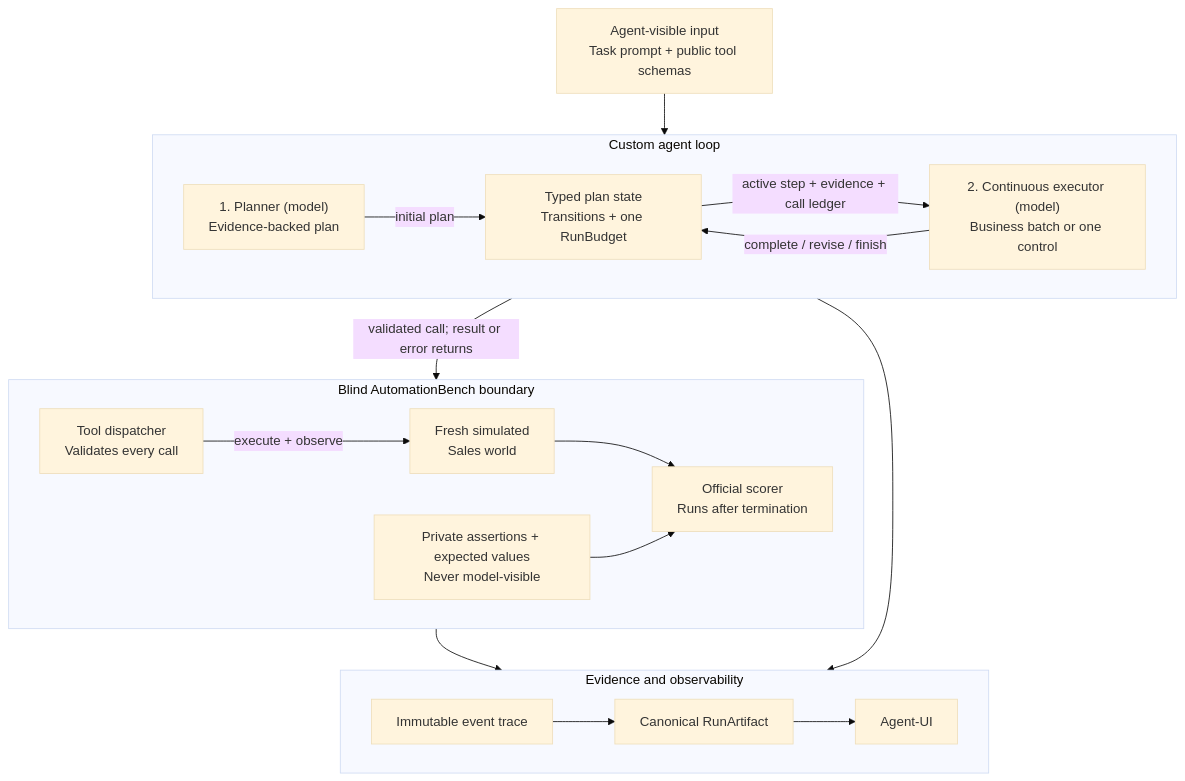
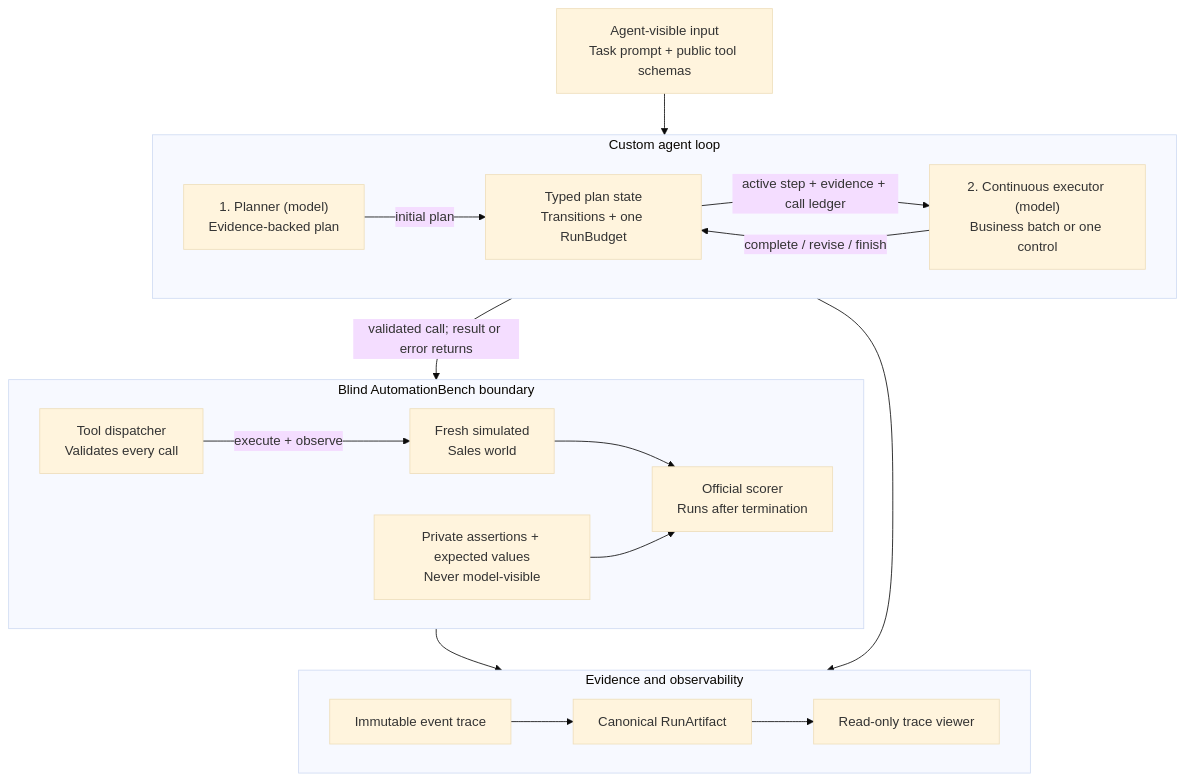
Before and after one commit to Martinmjal/sales_ai_agent_case_study: the diagram in README.md, drawn with Mermaid (base theme). The commit also changed other lines of this file and 23 other files, not shown here.

Commit message:
refactor(viewer): make artifact-backed and read-only #26

````diff
--- a/README.md
+++ b/README.md
@@ -71,42 +73,42 @@
 ```mermaid
 flowchart TB
     I["Agent-visible input<br/>Task prompt + public tool schemas"]
 
     subgraph CORE["Custom agent loop"]
         direction LR
         P["1. Planner (model)<br/>Evidence-backed plan"]
         C["Typed plan state<br/>Transitions + one RunBudget"]
         E["2. Continuous executor (model)<br/>Business batch or one control"]
 
         P -->|"initial plan"| C
         C -->|"active step + evidence + call ledger"| E
         E -->|"complete / revise / finish"| C
     end
 
     subgraph BENCH["Blind AutomationBench boundary"]
         direction LR
         D["Tool dispatcher<br/>Validates every call"]
         W["Fresh simulated<br/>Sales world"]
         S["Official scorer<br/>Runs after termination"]
         X["Private assertions + expected values<br/>Never model-visible"]
 
         D -->|"execute + observe"| W
         W --> S
         X --> S
     end
 
     subgraph OUTPUT["Evidence and observability"]
         direction LR
         T["Immutable event trace"]
         O["Canonical RunArtifact"]
-        U["Agent-UI"]
+        U["Read-only trace viewer"]
 
         T --> O
         O --> U
     end
 
     I --> P
     E -->|"validated call; result or error returns"| D
     C --> T
     S --> O
 ```
````
